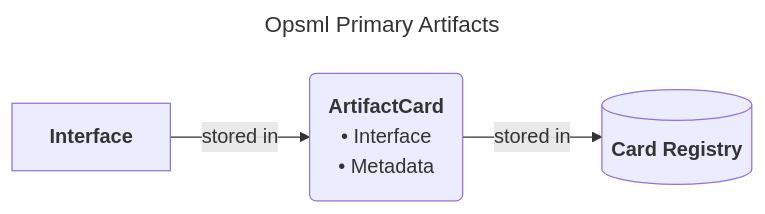
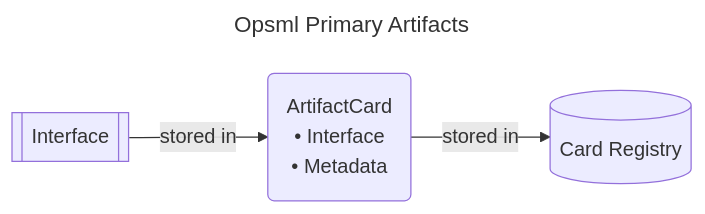
The diagram in docs/docs/interfaces/overview.md (demml/opsml), drawn with Mermaid before and after one commit.

Commit message:
Remove bold formatting since github isnt using 10.1 mermaidjs yet.

````diff
--- a/docs/docs/interfaces/overview.md
+++ b/docs/docs/interfaces/overview.md
@@ -3,17 +3,16 @@
 ```mermaid
 ---
 title: Opsml Primary Artifacts
 ---
 flowchart LR
-    i["`__Interface__`"]
+    interface[["Interface"]]
     
-    artifacts("`
-    __ArtifactCard__
+    artifacts("
+    ArtifactCard
     #bull; Interface
-    #bull; Metadata 
-    `")
+    #bull; Metadata")
 
-    db[("`__Card Registry__`")]
+    db[("Card Registry")]
 
-    i --stored in--> artifacts --stored in--> db
+    interface --stored in--> artifacts --stored in--> db
 ```
````
